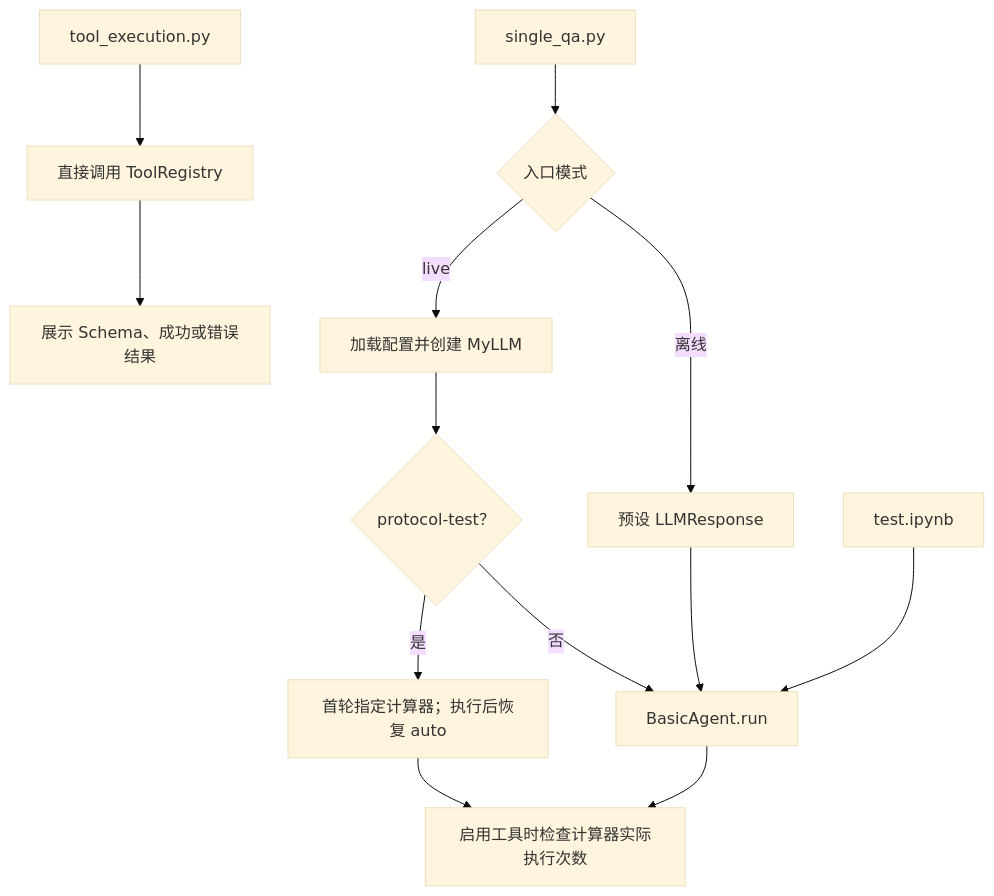
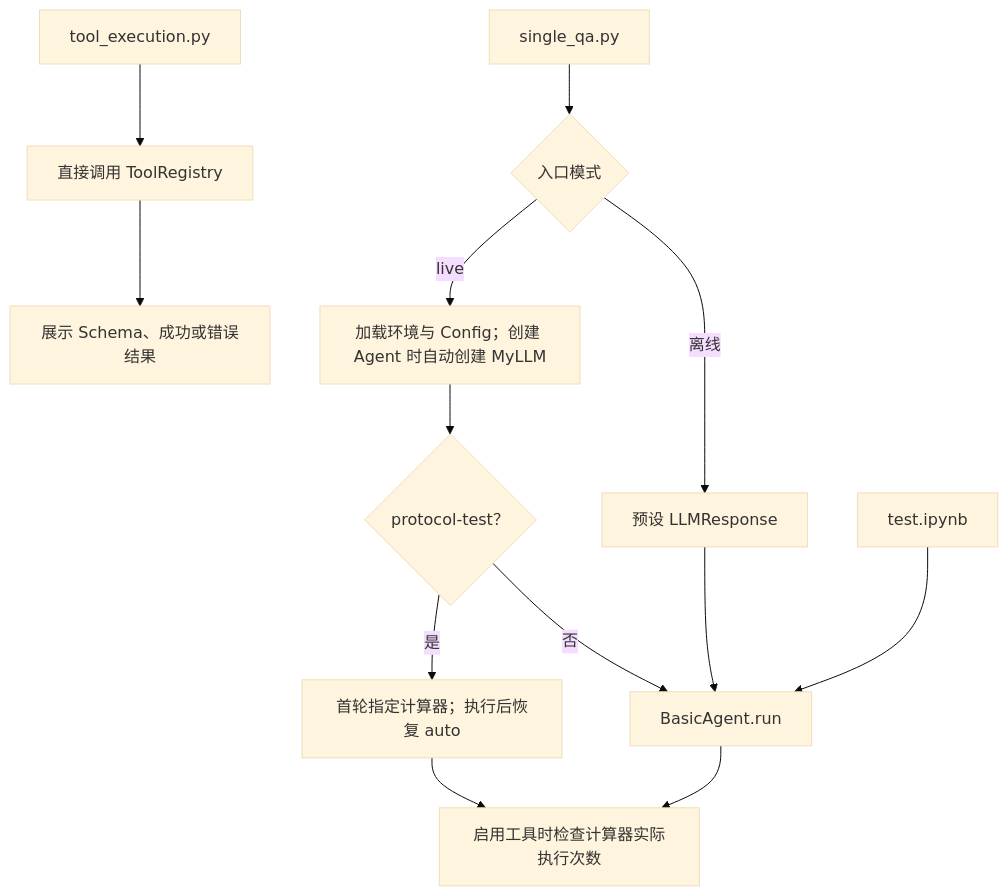
One commit to elsieMeng0424/BPCAgent changed diagram 16 of 16 in TECHNICAL_REPORT.md. Above: the diagram before and after it, drawn with Mermaid (base theme). The commit also changed other lines of this file and 8 other files, not shown here.

````diff
--- a/TECHNICAL_REPORT.md
+++ b/TECHNICAL_REPORT.md
@@ -577,15 +579,15 @@
 ```mermaid
 flowchart TD
     Q["single_qa.py"] --> Mode{"入口模式"}
     Mode -->|离线| Mock["预设 LLMResponse"]
-    Mode -->|live| Real["加载配置并创建 MyLLM"]
+    Mode -->|live| Real["加载环境与 Config；创建 Agent 时自动创建 MyLLM"]
     Mock --> A["BasicAgent.run"]
     Real --> Choice{"protocol-test？"}
     Choice -->|否| A
     Choice -->|是| P["首轮指定计算器；执行后恢复 auto"]
     A --> Check["启用工具时检查计算器实际执行次数"]
     P --> Check
     Direct["tool_execution.py"] --> R["直接调用 ToolRegistry"]
     NB["test.ipynb"] --> A
     R --> Results["展示 Schema、成功或错误结果"]
 ```
````
